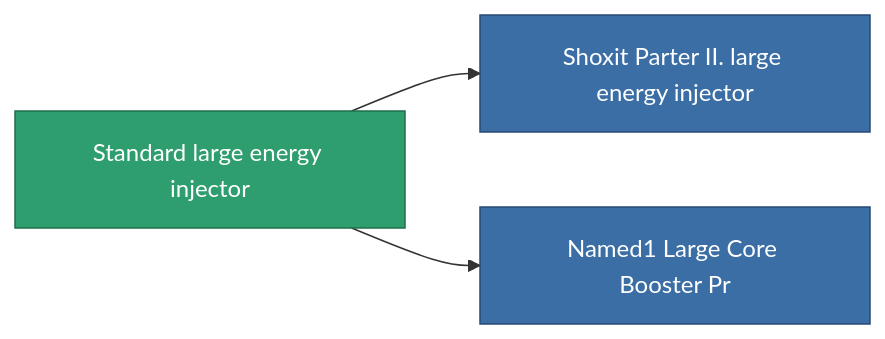
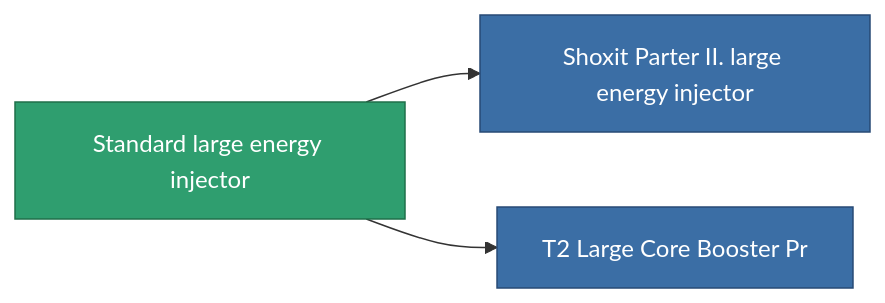
The diagram in content/content/items/standard_large_core_booster.md (OpenPerpetuum/Wiki), drawn with Mermaid before and after one commit. The commit also changed other lines of this file and 4904 other files, not shown here.

````diff
--- a/content/content/items/standard_large_core_booster.md
+++ b/content/content/items/standard_large_core_booster.md
@@ -54,13 +44,13 @@
 ```mermaid
 graph LR
     a["Standard large energy injector"]:::current
     b["Shoxit Parter II. large energy injector"]:::prod
     a --> b
     click b "/content/items/named1-large-core-booster/" "Shoxit Parter II. large energy injector"
-    c["Named1 Large Core Booster Pr"]:::prod
+    c["T2 Large Core Booster Pr"]:::prod
     a --> c
-    click c "/content/items/named1-large-core-booster-pr/" "Named1 Large Core Booster Pr"
+    click c "/content/items/named1-large-core-booster-pr/" "T2 Large Core Booster Pr"
     classDef current fill:#2f9e6f,stroke:#1f6f4a,color:#ffffff
     classDef prod fill:#3b6ea5,stroke:#274a75,color:#ffffff
     classDef more fill:#39445a,stroke:#54658a,color:#d5dbe8
 ```
````
